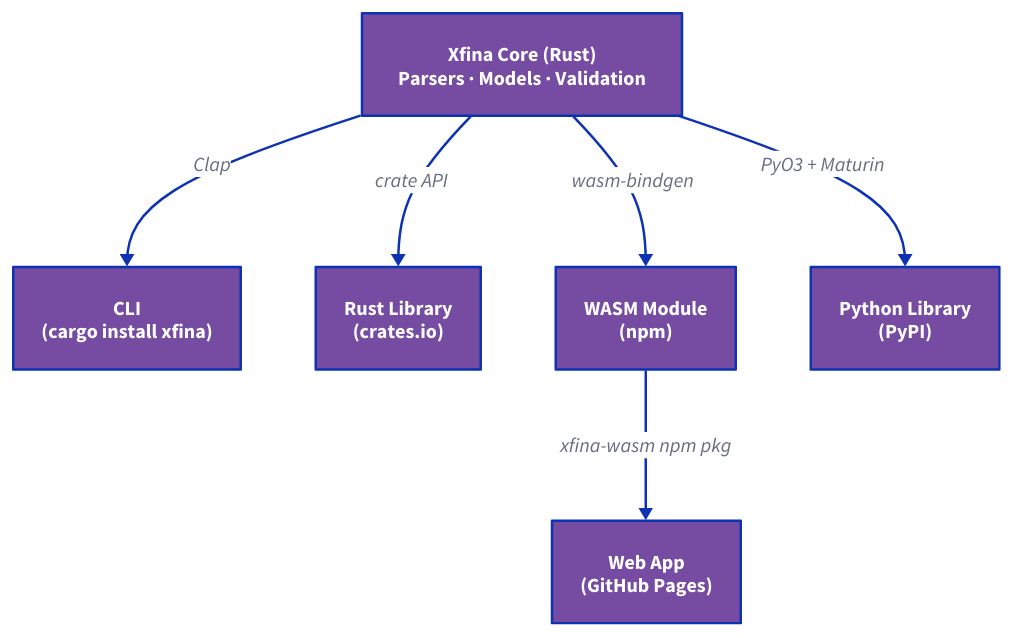
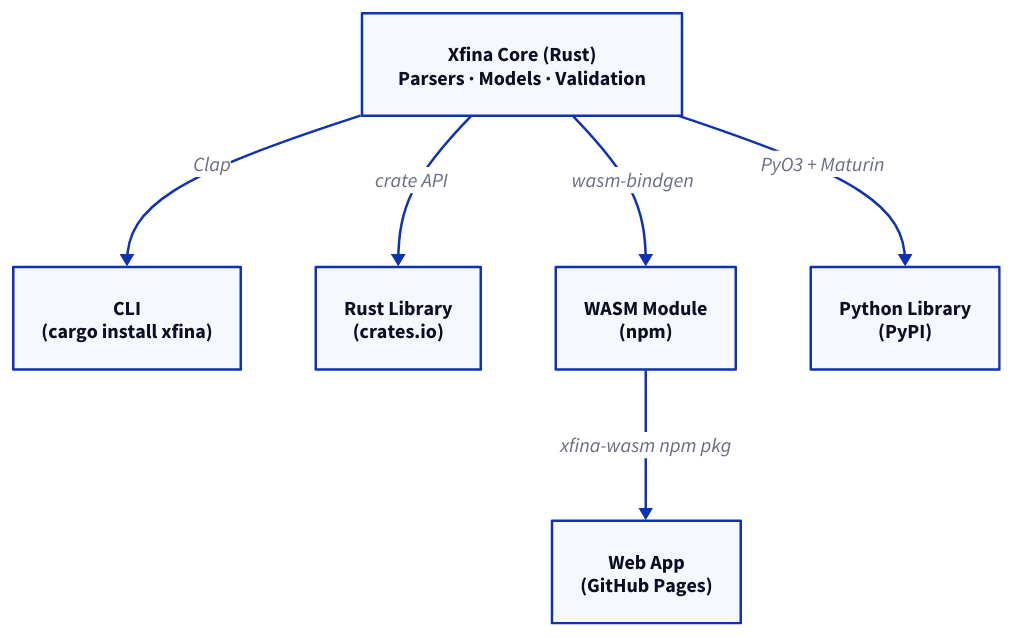
The diagram in content/building-systems/blogs/2026/xfina-full-setup-end-to-end.md (sakthipriyan/sakthipriyan.github.io), drawn with D2 before and after one commit. The commit also changed 2 other files, not shown here.

Commit message:
Stop the Xfina diagram naming its own colours (#123)
* Stop the Xfina diagram naming its own colours

Six nodes carried style.fill: "#764ba2" and six carried
style.font-color: white, which no theme can override -- author colours
win in D2, by design. So the diagram stayed purple while the page around
it moved, and once the theme began supplying section colours it went
half and half: blue canvas and blue edges into purple boxes.

The twelve lines are gone and nothing replaces them. The diagram takes
Building Systems' blue in both themes now:

  light  canvas #ffffff  nodes #e9ecf7  strokes #1e40af  text #2c3e50
  dark   canvas #18181b  nodes #191c2a  strokes #80b1ff  text #fafafa

Nodes whose whole body was colour lost their braces with it. The label
on core stays, being content rather than styling.

* Update Continuum to v0.15.0

Brings the D2 dark palette, which is what makes this article's diagram
follow the theme once its own colours are gone.

---------

````diff
--- a/content/building-systems/blogs/2026/xfina-full-setup-end-to-end.md
+++ b/content/building-systems/blogs/2026/xfina-full-setup-end-to-end.md
@@ -64,38 +64,17 @@
 ```d2
 core: Xfina Core {
-  style.fill: "#764ba2"
-  style.font-color: white
   label: "Xfina Core (Rust)\nParsers · Models · Validation"
 }
 
-cli: CLI\n(cargo install xfina) {
-  style.fill: "#764ba2"
-  style.font-color: white
-}
-
-rustlib: Rust Library\n(crates.io) {
-  style.fill: "#764ba2"
-  style.font-color: white
-}
-
-wasm: WASM Module\n(npm) {
-  style.fill: "#764ba2"
-  style.font-color: white
-}
-
-pylib: Python Library\n(PyPI) {
-  style.fill: "#764ba2"
-  style.font-color: white
-}
-
-webapp: Web App\n(GitHub Pages) {
-  style.fill: "#764ba2"
-  style.font-color: white
-}
+cli: CLI\n(cargo install xfina)
+rustlib: Rust Library\n(crates.io)
+wasm: WASM Module\n(npm)
+pylib: Python Library\n(PyPI)
+webapp: Web App\n(GitHub Pages)
 
 core -> cli: Clap
 core -> rustlib: crate API
 core -> wasm: wasm-bindgen
 core -> pylib: PyO3 + Maturin
 wasm -> webapp: xfina-wasm npm pkg
 ```
````
